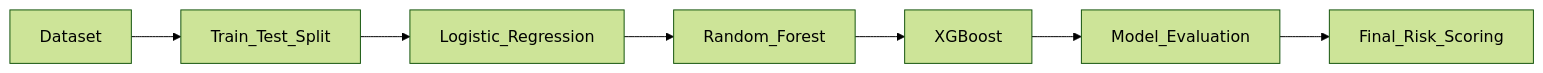
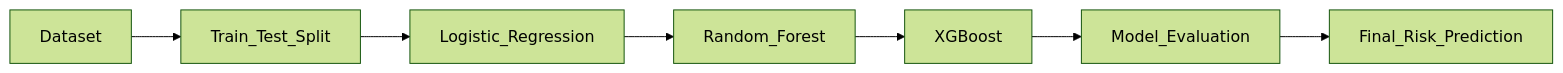
Before and after one commit to ShikharKrishnatreya/Airline-Customer-Retention-Analytics-An-End-to-End-Machine-Learning-Business-Intelligence-Solution: the third of 3 diagrams in README.md, drawn with Mermaid (forest theme). The commit also changed other lines of this file, not shown here.

````diff
--- a/README.md
+++ b/README.md
@@ -230,17 +217,17 @@
 ```mermaid
 flowchart LR
 
 Dataset
 
 --> Train_Test_Split
 
 --> Logistic_Regression
 
 --> Random_Forest
 
 --> XGBoost
 
 --> Model_Evaluation
 
---> Final_Risk_Scoring
+--> Final_Risk_Prediction
 ```
````
